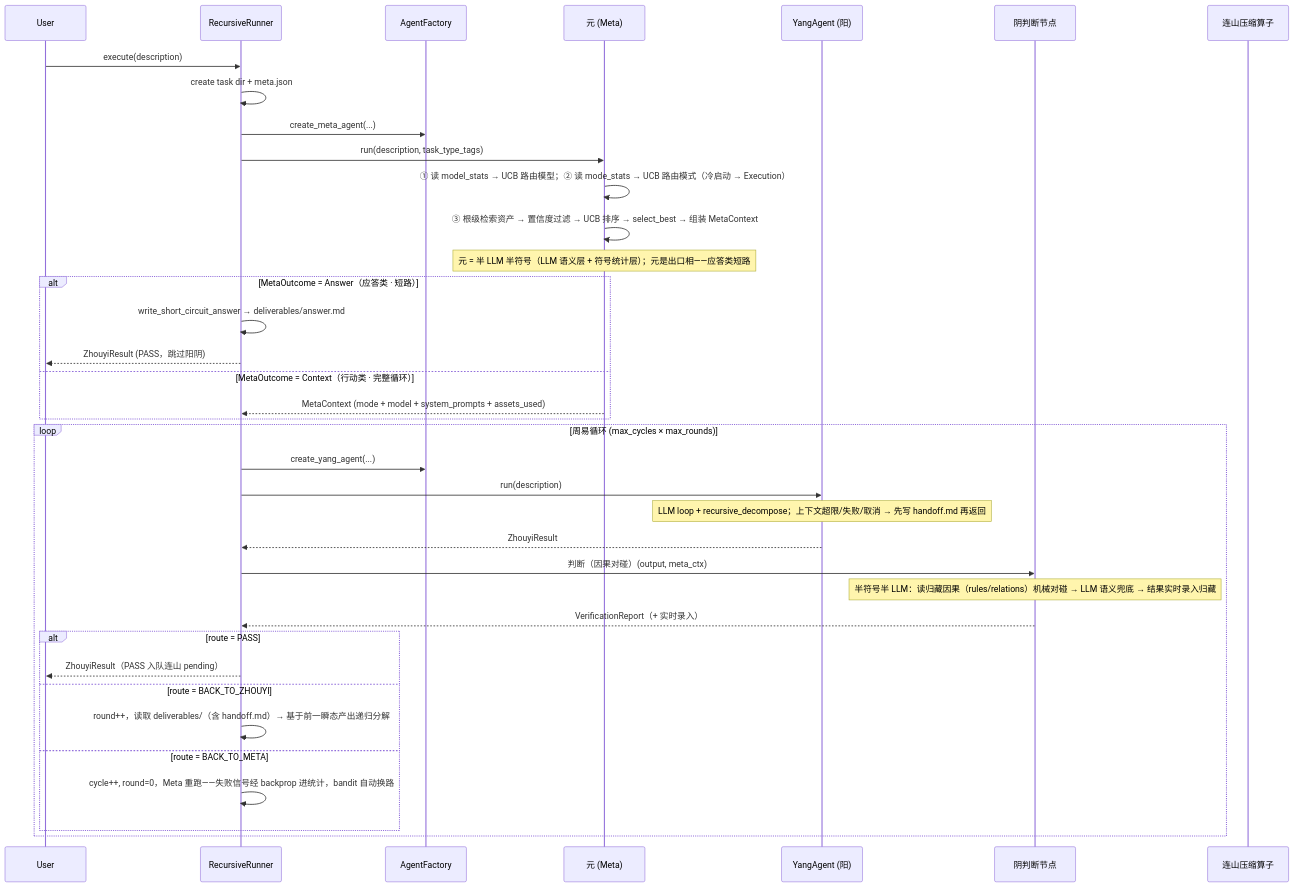
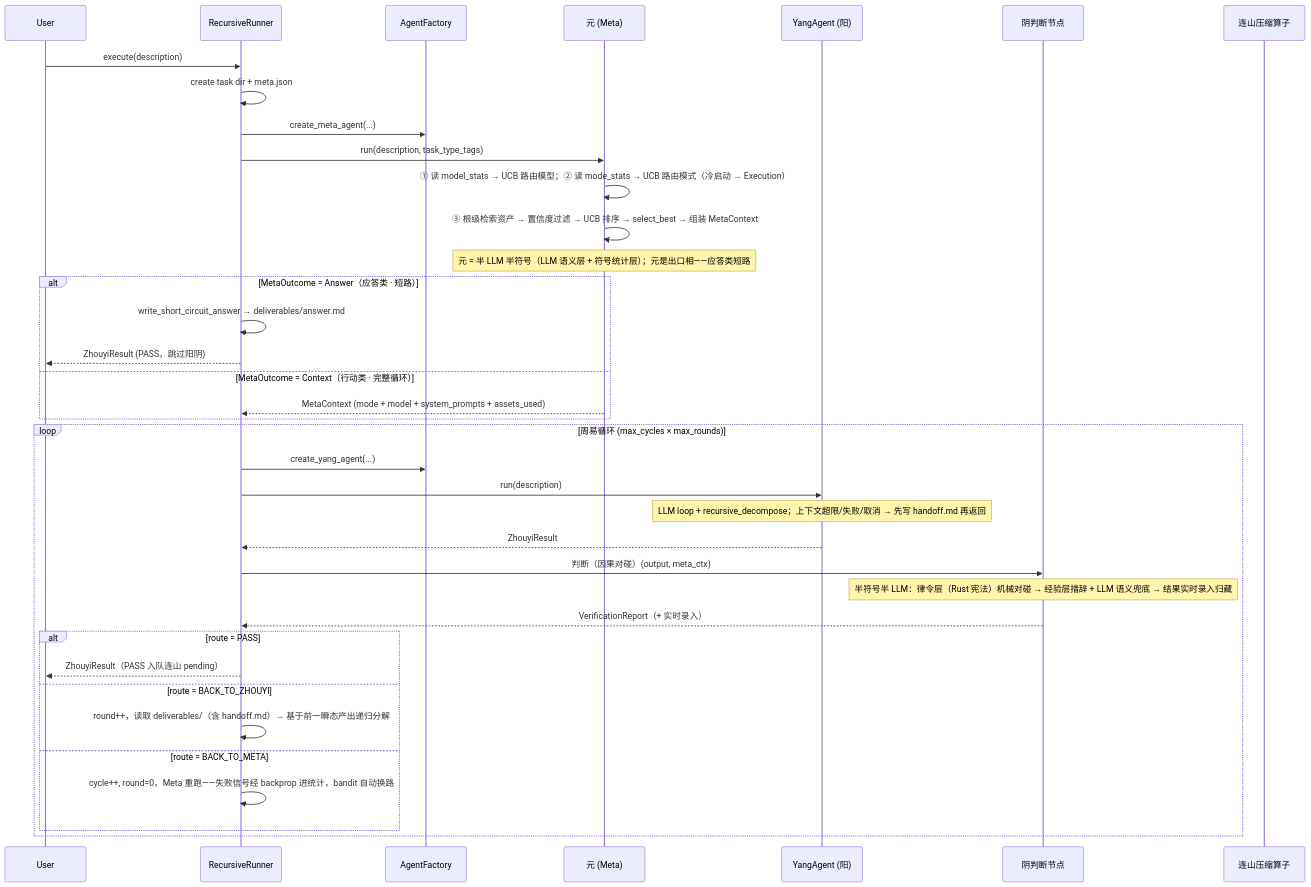
Before and after one commit to wenge6090-tech/taiji: the fifth of 19 diagrams in Blueprint.md, drawn with Mermaid. The commit also changed other lines of this file and 17 other files, not shown here.

````diff
--- a/Blueprint.md
+++ b/Blueprint.md
@@ -319,43 +368,43 @@
 ```mermaid
 sequenceDiagram
     participant U as User
     participant RR as RecursiveRunner
     participant AF as AgentFactory
     participant MA as 元 (Meta)
     participant FA as YangAgent (阳)
     participant CA as 阴判断节点
     participant L as 连山压缩算子
 
     U->>RR: execute(description)
     RR->>RR: create task dir + meta.json
     RR->>AF: create_meta_agent(...)
     RR->>MA: run(description, task_type_tags)
     MA->>MA: ① 读 model_stats → UCB 路由模型；② 读 mode_stats → UCB 路由模式（冷启动 → Execution）
     MA->>MA: ③ 根级检索资产 → 置信度过滤 → UCB 排序 → select_best → 组装 MetaContext
     Note over MA: 元 = 半 LLM 半符号（LLM 语义层 + 符号统计层）；元是出口相——应答类短路
     alt MetaOutcome = Answer（应答类 · 短路）
         RR->>RR: write_short_circuit_answer → deliverables/answer.md
         RR-->>U: ZhouyiResult (PASS，跳过阳阴)
     else MetaOutcome = Context（行动类 · 完整循环）
         MA-->>RR: MetaContext (mode + model + system_prompts + assets_used)
     end
 
     loop 周易循环 (max_cycles × max_rounds)
         RR->>AF: create_yang_agent(...)
         RR->>FA: run(description)
         Note over FA: LLM loop + recursive_decompose；上下文超限/失败/取消 → 先写 handoff.md 再返回
         FA-->>RR: ZhouyiResult
 
         RR->>CA: 判断（因果对碰）(output, meta_ctx)
-        Note over CA: 半符号半 LLM：读归藏因果（rules/relations）机械对碰 → LLM 语义兜底 → 结果实时录入归藏
+        Note over CA: 半符号半 LLM：律令层（Rust 宪法）机械对碰 → 经验层措辞 + LLM 语义兜底 → 结果实时录入归藏
         CA-->>RR: VerificationReport（+ 实时录入）
 
         alt route = PASS
             RR-->>U: ZhouyiResult（PASS 入队连山 pending）
         else route = BACK_TO_ZHOUYI
             RR->>RR: round++，读取 deliverables/（含 handoff.md）→ 基于前一瞬态产出递归分解
         else route = BACK_TO_META
             RR->>RR: cycle++, round=0，Meta 重跑——失败信号经 backprop 进统计，bandit 自动换路
         end
     end
 ```
````
